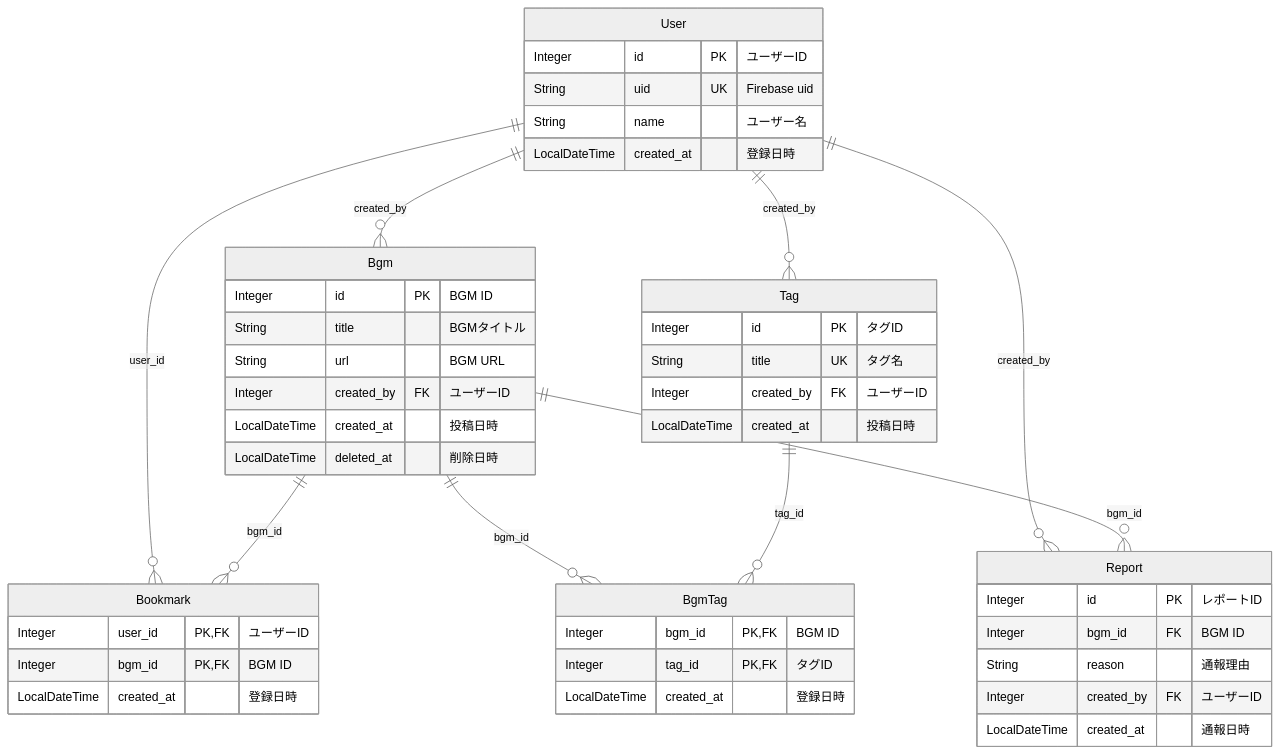
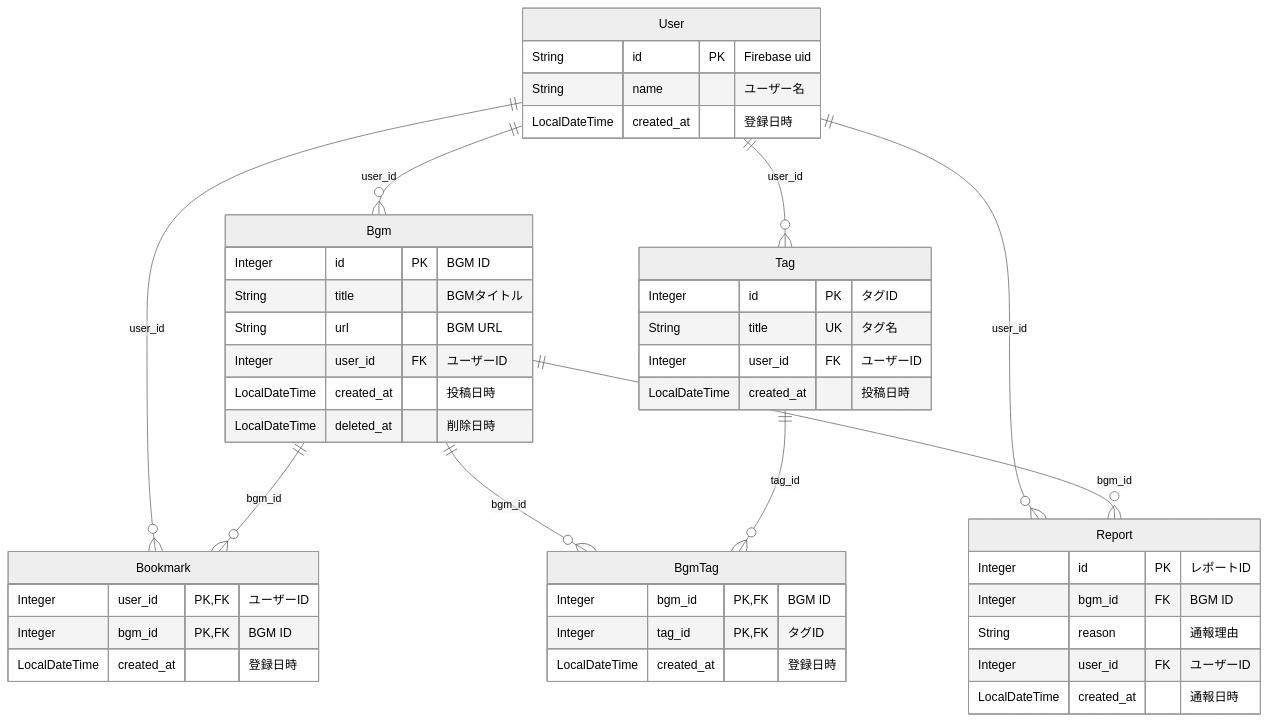
Before and after one commit to kagomen/bgm-api-springboot: the diagram in docs/er.md, drawn with Mermaid (neutral theme).

````diff
--- a/docs/er.md
+++ b/docs/er.md
@@ -5,55 +5,54 @@
 ```mermaid
 erDiagram
 
 User {
-Integer id PK "ユーザーID"
-String uid UK "Firebase uid"
+String id PK "Firebase uid"
 String name "ユーザー名"
 LocalDateTime created_at "登録日時"
 }
 
 Bgm {
 Integer id PK "BGM ID"
 String title "BGMタイトル"
 String url "BGM URL"
-Integer created_by FK "ユーザーID"
+Integer user_id FK "ユーザーID"
 LocalDateTime created_at "投稿日時"
 LocalDateTime deleted_at "削除日時"
 }
 
 Bookmark {
 Integer user_id PK,FK "ユーザーID"
 Integer bgm_id PK,FK "BGM ID"
 LocalDateTime created_at "登録日時"
 }
 
 Tag {
 Integer id PK "タグID"
 String title UK "タグ名"
-Integer created_by FK "ユーザーID"
+Integer user_id FK "ユーザーID"
 LocalDateTime created_at "投稿日時"
 }
 
 BgmTag {
 Integer bgm_id PK,FK "BGM ID"
 Integer tag_id PK,FK "タグID"
 LocalDateTime created_at "登録日時"
 }
 
 Report {
 Integer id PK "レポートID"
 Integer bgm_id FK "BGM ID"
 String reason "通報理由"
-Integer created_by FK "ユーザーID"
+Integer user_id FK "ユーザーID"
 LocalDateTime created_at "通報日時"
 }
 
-User ||--o{ Bgm : created_by
+User ||--o{ Bgm : user_id
 User ||--o{ Bookmark : user_id
-User ||--o{ Tag : created_by
-User ||--o{ Report : created_by
+User ||--o{ Tag : user_id
+User ||--o{ Report : user_id
 Bgm ||--o{ Bookmark : bgm_id
 Bgm ||--o{ BgmTag : bgm_id
 Bgm ||--o{ Report : bgm_id
 Tag ||--o{ BgmTag : tag_id
 ```
````
